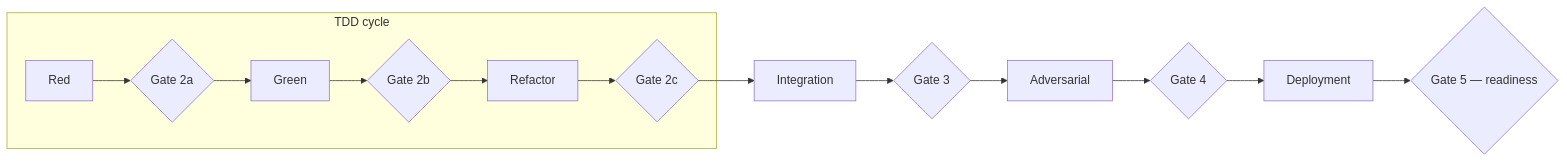
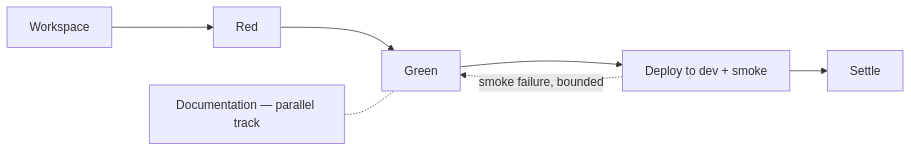
Before and after one commit to mark-satterfield/toolset: the third of 4 diagrams in plugins/agent-teams-workforce/AGENT-TEAMS-WORKFORCE.md, drawn with Mermaid. The commit also changed other lines of this file and 25 other files, not shown here.

````diff
--- a/plugins/agent-teams-workforce/AGENT-TEAMS-WORKFORCE.md
+++ b/plugins/agent-teams-workforce/AGENT-TEAMS-WORKFORCE.md
@@ -93,11 +88,8 @@
 ```mermaid
 graph LR
-  TDD
-  subgraph TDD[TDD cycle]
-    RED[Red] --> G2A{Gate 2a} --> GRN[Green] --> G2B{Gate 2b} --> REF[Refactor] --> G2C{Gate 2c}
-  end
-
-  G2C --> INT[Integration] --> G3{Gate 3}
-  G3 --> ADV[Adversarial] --> G4{Gate 4}
-  G4 --> DEP[Deployment] --> G5{Gate 5 — readiness}
+  WS[Workspace] --> RED[Red] --> GRN[Green]
+  GRN --> DEP[Deploy to dev + smoke]
+  DEP -. smoke failure, bounded .-> GRN
+  DEP --> SET[Settle]
+  DOC[Documentation — parallel track] -.- GRN
 ```
````
